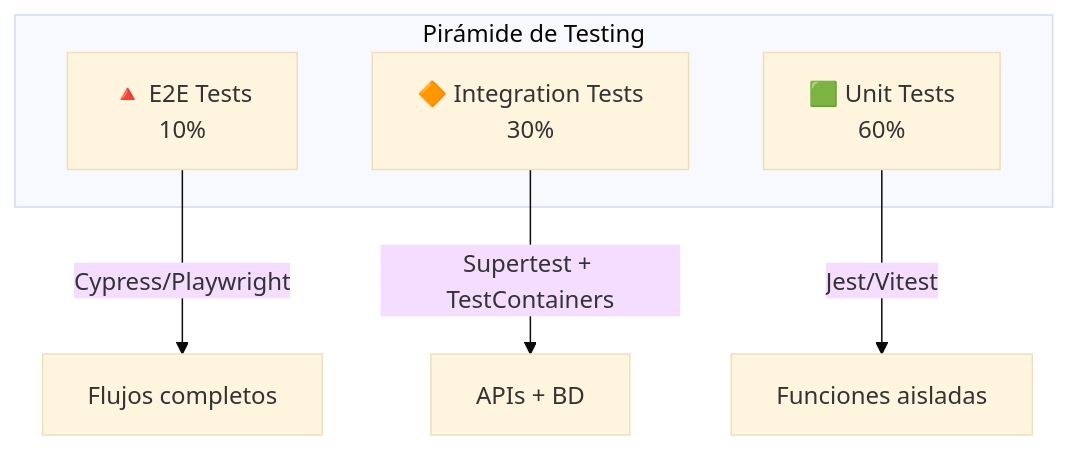
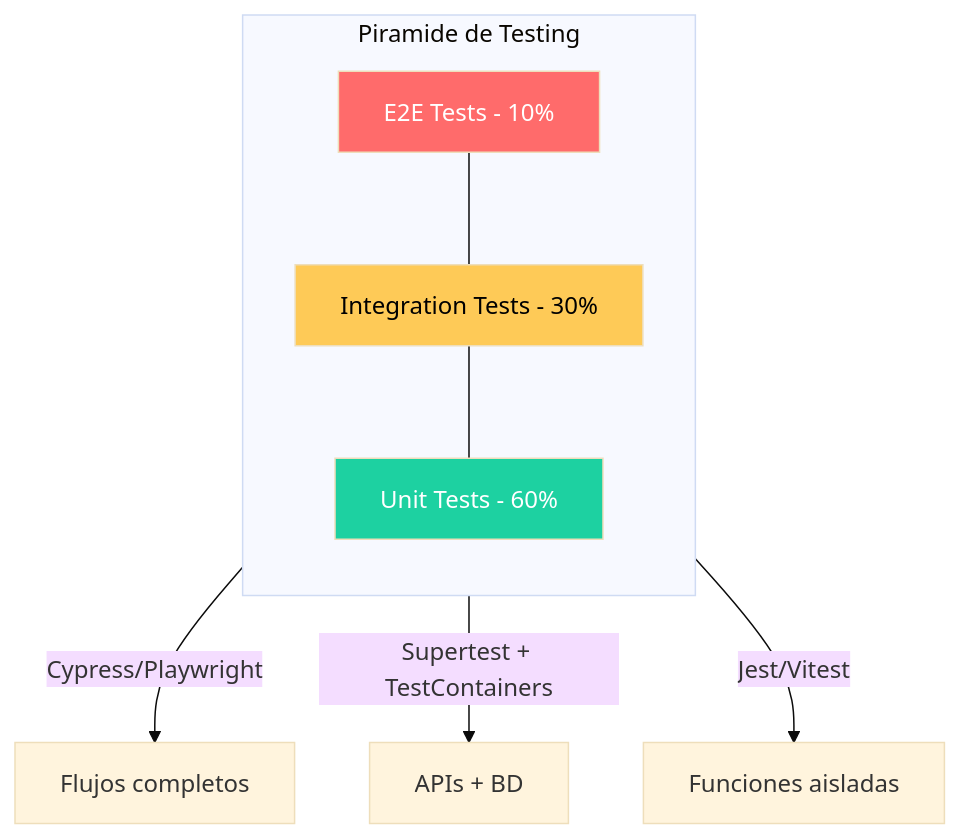
Diagram 18 of 27 in README.md (paelsam/StreamiaServer), drawn with Mermaid (base theme) before and after one commit. The commit also changed other lines of this file, not shown here.

````diff
--- a/README.md
+++ b/README.md
@@ -597,12 +591,20 @@
 ```mermaid
 flowchart TB
-    subgraph "Pirámide de Testing"
-        E2E[🔺 E2E Tests<br/>10%]
-        INT[🔶 Integration Tests<br/>30%]
-        UNIT[🟩 Unit Tests<br/>60%]
+    subgraph "Piramide de Testing"
+        direction TB
+        E2E["E2E Tests - 10%"]
+        INT["Integration Tests - 30%"]
+        UNIT["Unit Tests - 60%"]
+        
+        E2E --- INT
+        INT --- UNIT
     end
 
     E2E --> |"Cypress/Playwright"| FULL[Flujos completos]
     INT --> |"Supertest + TestContainers"| API[APIs + BD]
     UNIT --> |"Jest/Vitest"| FUNC[Funciones aisladas]
+    
+    style E2E fill:#ff6b6b,color:#fff
+    style INT fill:#feca57,color:#000
+    style UNIT fill:#1dd1a1,color:#fff
 ```
````
